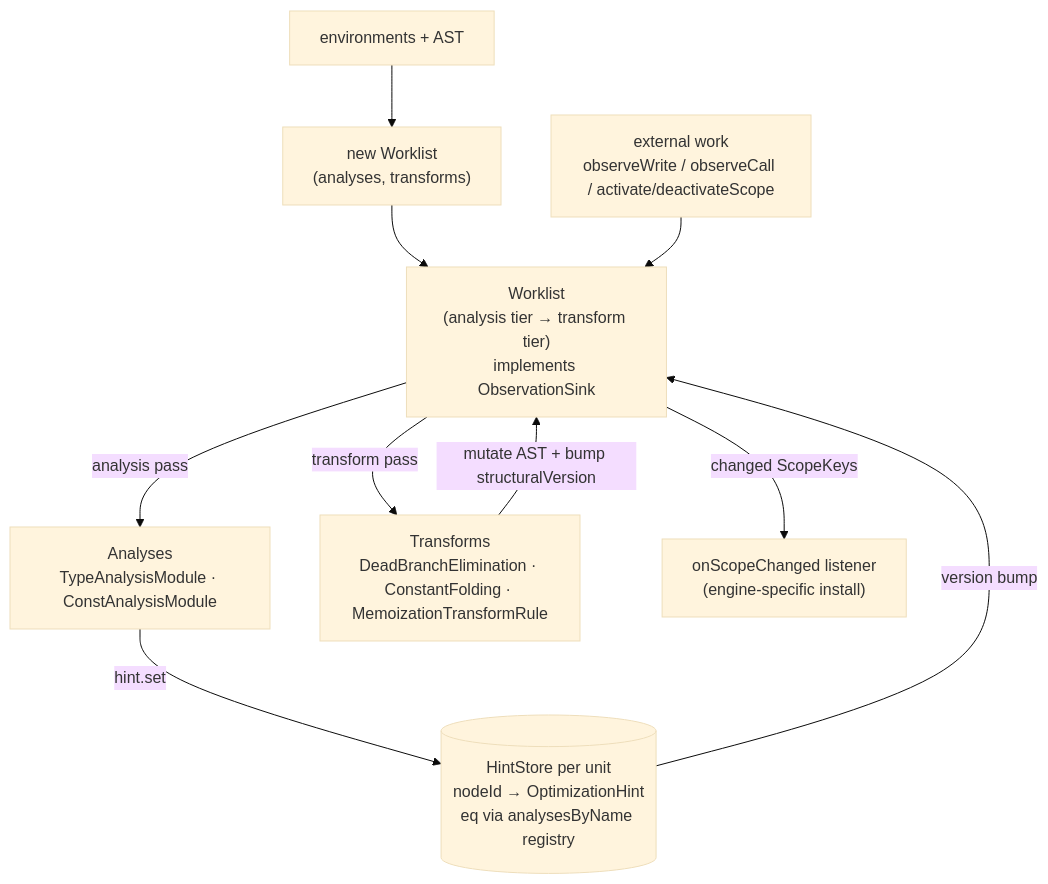
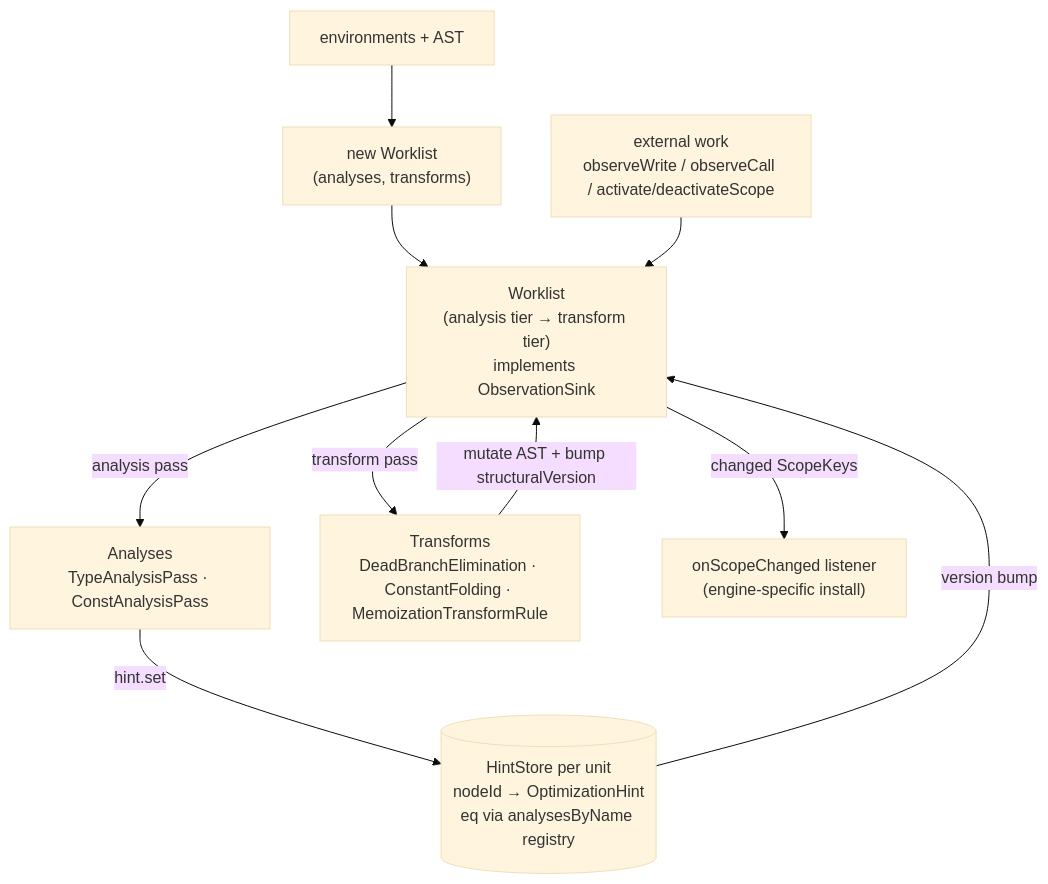
Before and after one commit to loyaltypollution/py-slang: the third of 6 diagrams in docs/compilation-flow.md, drawn with Mermaid (base theme). The commit also changed other lines of this file and 16 other files, not shown here.

First line of the commit message:
refactor(specialization): rename AnalysisModule→AnalysisPass, add ScopePass interface

````diff
--- a/docs/compilation-flow.md
+++ b/docs/compilation-flow.md
@@ -167,19 +167,19 @@
 ```mermaid
 flowchart TB
     RESOLVE["environments + AST"]
     BUILD["new Worklist<br/>(analyses, transforms)"]
     PW["Worklist<br/>(analysis tier → transform tier)<br/>implements ObservationSink"]
-    ANA["Analyses<br/>TypeAnalysisModule · ConstAnalysisModule"]
+    ANA["Analyses<br/>TypeAnalysisPass · ConstAnalysisPass"]
     XF["Transforms<br/>DeadBranchElimination · ConstantFolding · MemoizationTransformRule"]
     HS[("HintStore per unit<br/>nodeId → OptimizationHint<br/>eq via analysesByName registry")]
     PATCH["onScopeChanged listener<br/>(engine-specific install)"]
 
     RESOLVE --> BUILD --> PW
     PW -->|analysis pass| ANA -->|hint.set| HS
     PW -->|transform pass| XF -->|mutate AST + bump structuralVersion| PW
     HS -->|version bump| PW
     PW -->|changed ScopeKeys| PATCH
 
     EXT["external work<br/>observeWrite / observeCall / activate/deactivateScope"]
     EXT --> PW
 ```
````
